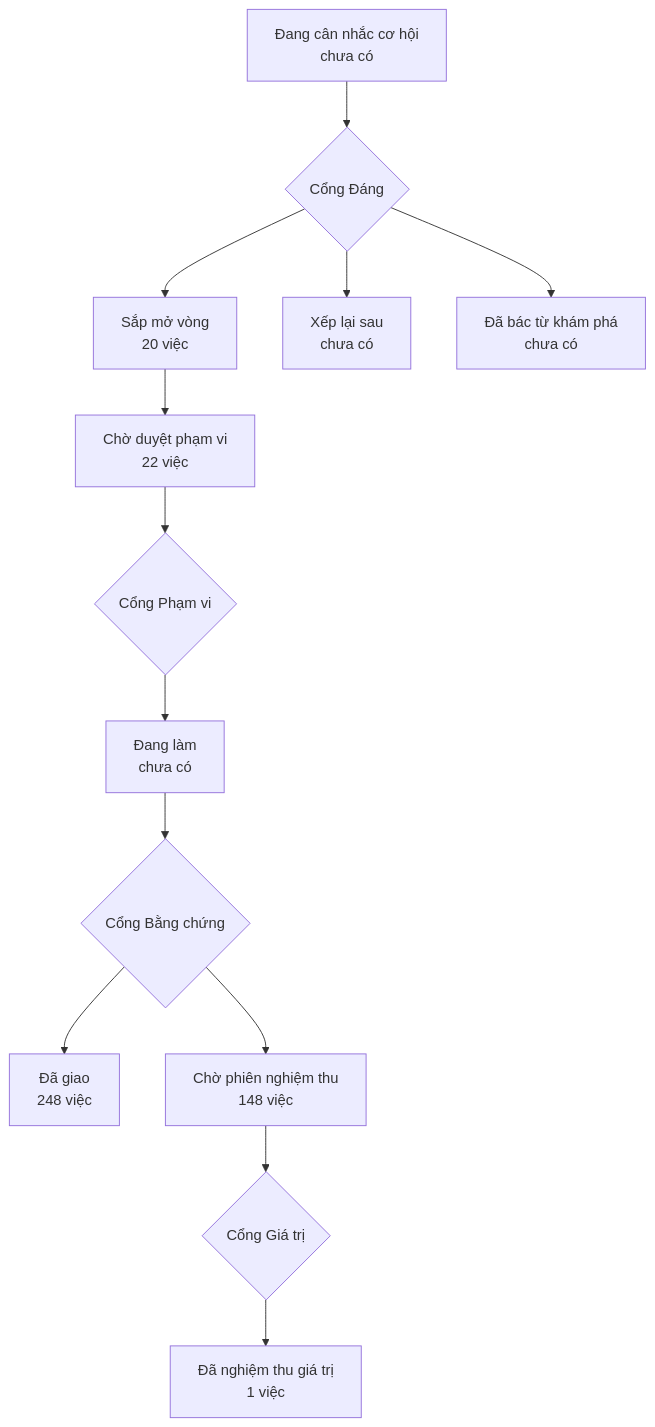
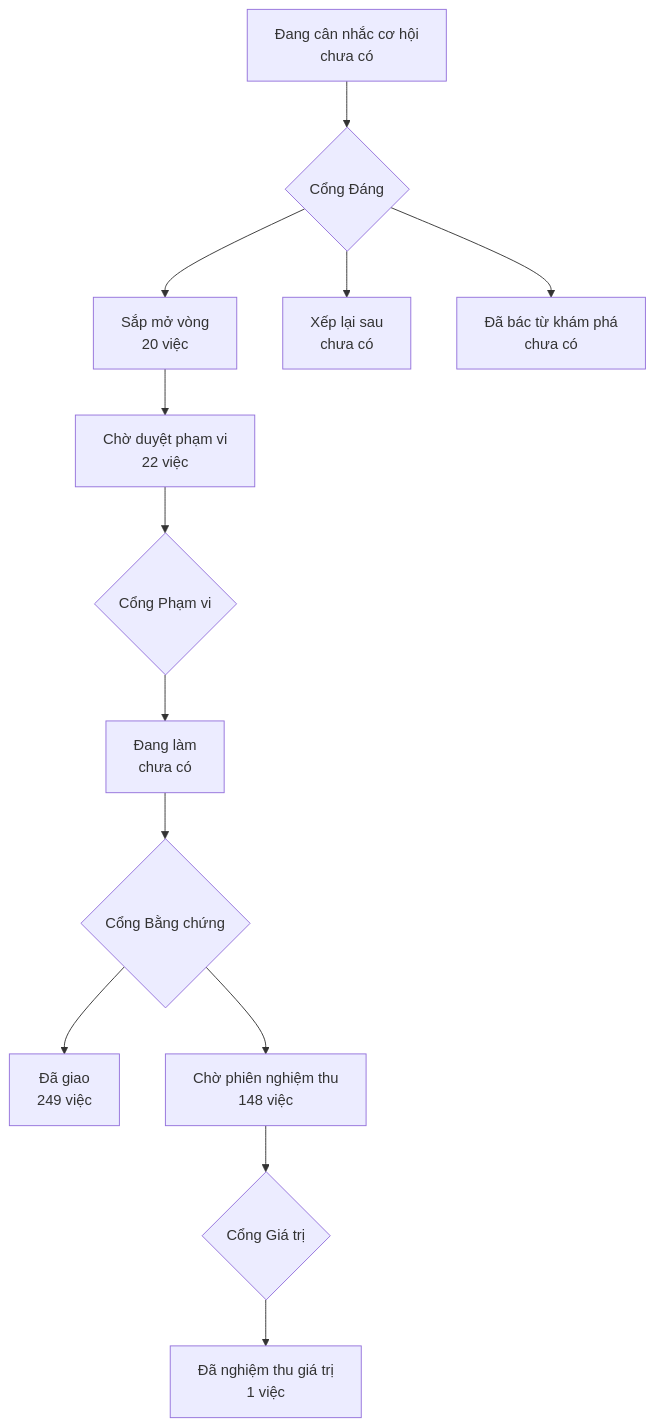
One commit to phanlemanh/onehub-invest changed the diagram in PRODUCT-MAP.md. Above: the diagram before and after it, drawn with Mermaid. The commit also changed other lines of this file and 21 other files, not shown here.

````diff
--- a/PRODUCT-MAP.md
+++ b/PRODUCT-MAP.md
@@ -7,12 +7,12 @@
 ```mermaid
 flowchart TD
   A["Đang cân nhắc cơ hội<br/>chưa có"] --> GD{"Cổng Đáng"}
   GD --> B["Sắp mở vòng<br/>20 việc"]
   GD --> XL["Xếp lại sau<br/>chưa có"]
   GD --> DB["Đã bác từ khám phá<br/>chưa có"]
   B --> CD["Chờ duyệt phạm vi<br/>22 việc"] --> GP{"Cổng Phạm vi"}
   GP --> DL["Đang làm<br/>chưa có"] --> GB{"Cổng Bằng chứng"}
-  GB --> DG["Đã giao<br/>248 việc"]
+  GB --> DG["Đã giao<br/>249 việc"]
   GB --> CN["Chờ phiên nghiệm thu<br/>148 việc"] --> GG{"Cổng Giá trị"}
   GG --> NT["Đã nghiệm thu giá trị<br/>1 việc"]
 ```
````
